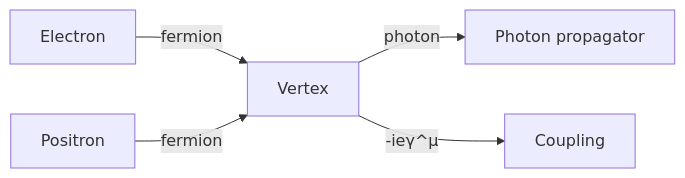
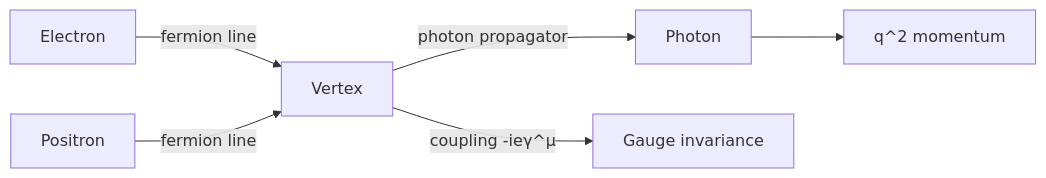
One commit to yip-lgtm/PhysicsSelfStudy changed the fifth of 5 diagrams in 03_MSc_Physics/electives/MSPY_6110_Quantum_Field_Theory_I/README.md. Above: the diagram before and after it, drawn with Mermaid. The commit also changed other lines of this file and 17 other files, not shown here.

````diff
--- a/03_MSc_Physics/electives/MSPY_6110_Quantum_Field_Theory_I/README.md
+++ b/03_MSc_Physics/electives/MSPY_6110_Quantum_Field_Theory_I/README.md
@@ -291,7 +462,8 @@
 ```mermaid
 graph LR
-    A[Electron] -->|fermion| B[Vertex]
-    C[Positron] -->|fermion| B
-    B -->|photon| D[Photon propagator]
-    B -->|-ieγ^μ| E[Coupling]
+    A[Electron] -->|fermion line| B[Vertex]
+    C[Positron] -->|fermion line| B
+    B -->|photon propagator| D[Photon]
+    B -->|coupling -ieγ^μ| E[Gauge invariance]
+    D --> F[q^2 momentum]
 ```
````
